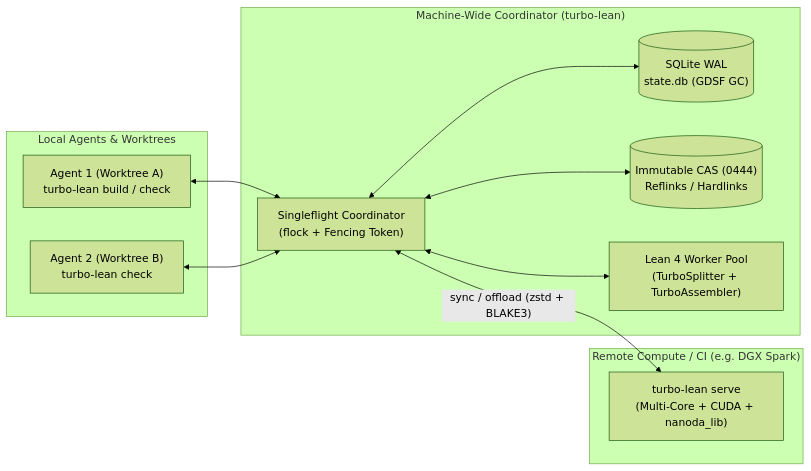
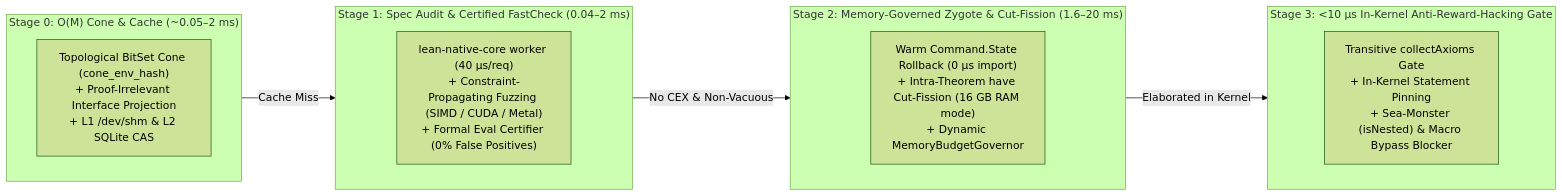
The diagram in README.md (Th0rgal/turbo-lean), drawn with Mermaid (forest theme) before and after one commit. The commit also changed other lines of this file and 1 other file, not shown here.

Commit message:
docs: unify vision, 4-stage synergistic architecture, formal laws, and Season 6 roadmap in AGENTS.md & README.md

````diff
--- a/README.md
+++ b/README.md
@@ -33,22 +13,22 @@
 ```mermaid
 flowchart LR
-    subgraph Agents["Local Agents & Worktrees"]
-        A1["Agent 1 (Worktree A)\nturbo-lean build / check"]
-        A2["Agent 2 (Worktree B)\nturbo-lean check"]
+    subgraph Stage0["Stage 0: O(M) Cone & Cache (~0.05–2 ms)"]
+        S0["Topological BitSet Cone (cone_env_hash)\n+ Proof-Irrelevant Interface Projection\n+ L1 /dev/shm & L2 SQLite CAS"]
     end
 
-    subgraph LocalNode["Machine-Wide Coordinator (turbo-lean)"]
-        IPC["Singleflight Coordinator\n(flock + Fencing Token)"]
-        DB[("SQLite WAL\nstate.db (GDSF GC)")]
-        CAS[("Immutable CAS (0444)\nReflinks / Hardlinks")]
-        W["Lean 4 Worker Pool\n(TurboSplitter + TurboAssembler)"]
+    subgraph Stage1["Stage 1: Spec Audit & Certified FastCheck (0.04–2 ms)"]
+        S1["lean-native-core worker (40 µs/req)\n+ Constraint-Propagating Fuzzing (SIMD / CUDA / Metal)\n+ Formal Eval Certifier (0% False Positives)"]
     end
 
-    subgraph Remote["Remote Compute / CI (e.g. DGX Spark)"]
-        SRV["turbo-lean serve\n(Multi-Core + CUDA + nanoda_lib)"]
+    subgraph Stage2["Stage 2: Memory-Governed Zygote & Cut-Fission (1.6–20 ms)"]
+        S2["Warm Command.State Rollback (0 µs import)\n+ Intra-Theorem have Cut-Fission (16 GB RAM mode)\n+ Dynamic MemoryBudgetGovernor"]
     end
 
-    A1 & A2 <--> IPC
-    IPC <--> DB & CAS & W
-    IPC <-->|"sync / offload (zstd + BLAKE3)"| SRV
+    subgraph Stage3["Stage 3: <10 µs In-Kernel Anti-Reward-Hacking Gate"]
+        S3["Transitive collectAxioms Gate\n+ In-Kernel Statement Pinning\n+ Sea-Monster (isNested) & Macro Bypass Blocker"]
+    end
+
+    Stage0 -->|"Cache Miss"| Stage1
+    Stage1 -->|"No CEX & Non-Vacuous"| Stage2
+    Stage2 -->|"Elaborated in Kernel"| Stage3
 ```
````
